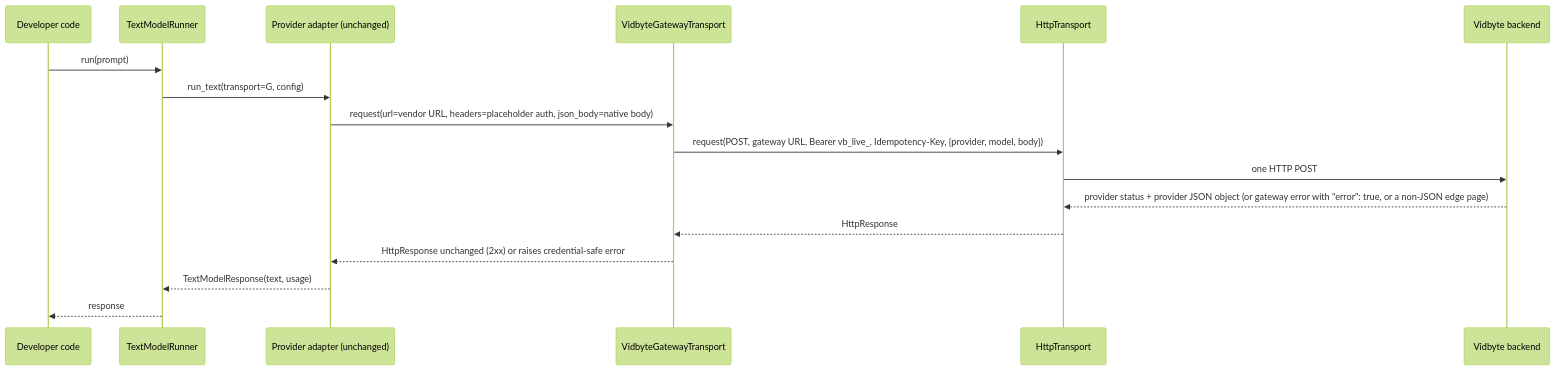
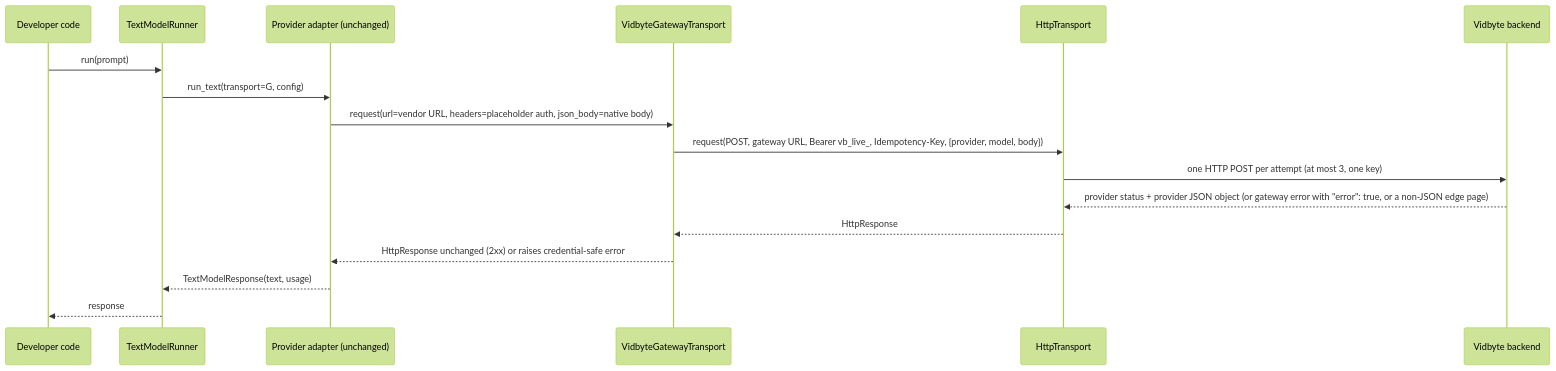
The second of 2 diagrams in docs/spec/managed-generative-models/spec.md (cerredz/Vidbyte-SDK), drawn with Mermaid (forest theme) before and after one commit. The commit also changed other lines of this file and 1 other file, not shown here.

Commit message:
docs(spec): revise managed-generative-models spec r4 (Q-7 same-key transport retries)

````diff
--- a/docs/spec/managed-generative-models/spec.md
+++ b/docs/spec/managed-generative-models/spec.md
@@ -128,19 +129,19 @@
 ```mermaid
 sequenceDiagram
   participant Dev as Developer code
   participant R as TextModelRunner
   participant P as Provider adapter (unchanged)
   participant G as VidbyteGatewayTransport
   participant H as HttpTransport
   participant V as Vidbyte backend
   Dev->>R: run(prompt)
   R->>P: run_text(transport=G, config)
   P->>G: request(url=vendor URL, headers=placeholder auth, json_body=native body)
   G->>H: request(POST, gateway URL, Bearer vb_live_, Idempotency-Key, {provider, model, body})
-  H->>V: one HTTP POST
+  H->>V: one HTTP POST per attempt (at most 3, one key)
   V-->>H: provider status + provider JSON object (or gateway error with "error": true, or a non-JSON edge page)
   H-->>G: HttpResponse
   G-->>P: HttpResponse unchanged (2xx) or raises credential-safe error
   P-->>R: TextModelResponse(text, usage)
   R-->>Dev: response
 ```
````
